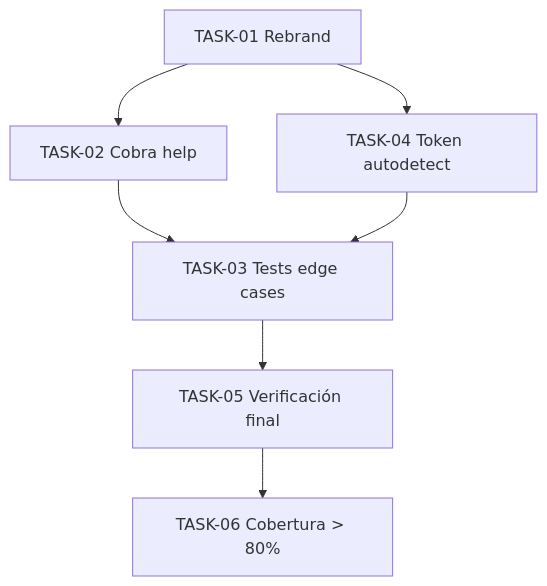
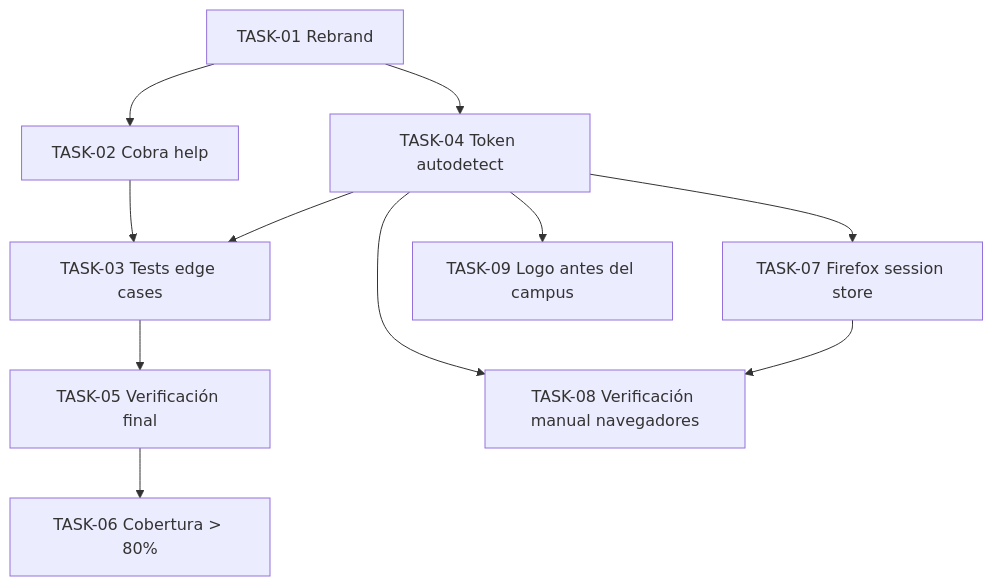
Before and after one commit to sebasinmas/MooFetch: the diagram in docs/tasks/README.md, drawn with Mermaid. The commit also changed other lines of this file and 15 other files, not shown here.

````diff
--- a/docs/tasks/README.md
+++ b/docs/tasks/README.md
@@ -5,9 +5,13 @@
 ```mermaid
 graph TD
     T01[TASK-01 Rebrand] --> T02[TASK-02 Cobra help]
     T01 --> T04[TASK-04 Token autodetect]
     T02 --> T03[TASK-03 Tests edge cases]
     T04 --> T03
     T03 --> T05[TASK-05 Verificación final]
     T05 --> T06[TASK-06 Cobertura > 80%]
+    T04 --> T07[TASK-07 Firefox session store]
+    T04 --> T08[TASK-08 Verificación manual navegadores]
+    T04 --> T09[TASK-09 Logo antes del campus]
+    T07 --> T08
 ```
````
